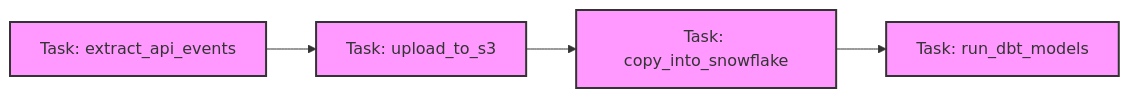
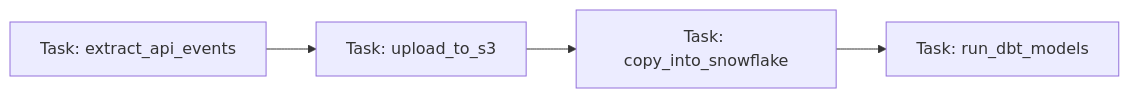
Before and after one commit to kythuatdulieu/kythuatdulieu.github.io: the first of 2 diagrams in src/content/docs/concepts/7-dataops-orchestration-quality/software-defined-assets.md, drawn with Mermaid. The commit also changed other lines of this file and 682 other files, not shown here.

````diff
--- a/src/content/docs/concepts/7-dataops-orchestration-quality/software-defined-assets.md
+++ b/src/content/docs/concepts/7-dataops-orchestration-quality/software-defined-assets.md
@@ -29,11 +29,10 @@
 ```mermaid
 graph LR
     A["Task: extract_api_events"] --> B["Task: upload_to_s3"]
     B --> C["Task: copy_into_snowflake"]
     C --> D["Task: run_dbt_models"]
-    
-    style A fill:#f9f,stroke:#333,stroke-width:2px
-    style B fill:#f9f,stroke:#333,stroke-width:2px
-    style C fill:#f9f,stroke:#333,stroke-width:2px
-    style D fill:#f9f,stroke:#333,stroke-width:2px
+
+
+
+
 ```
````
